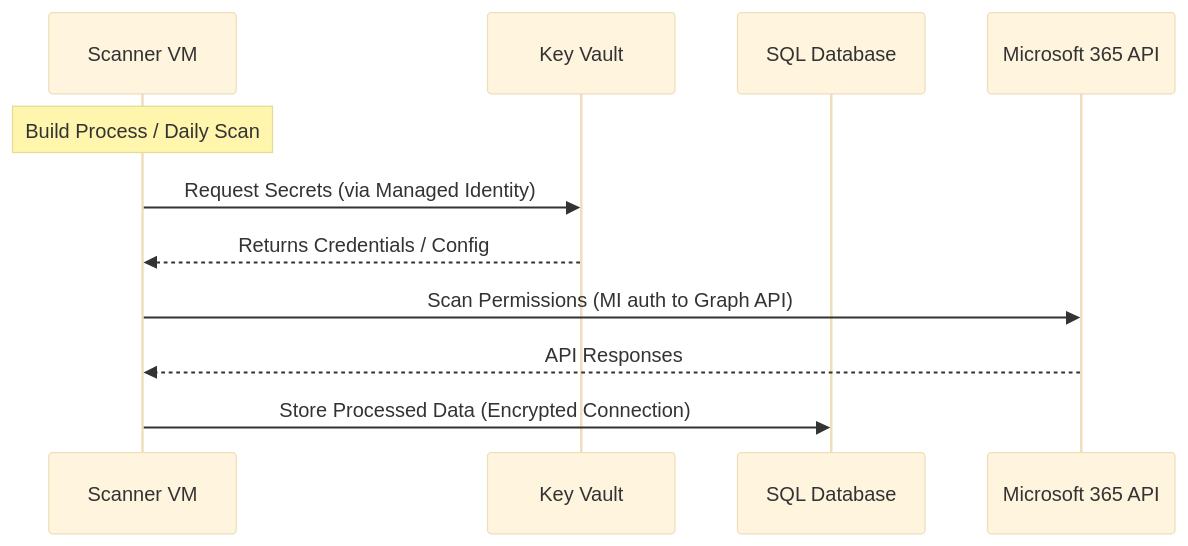
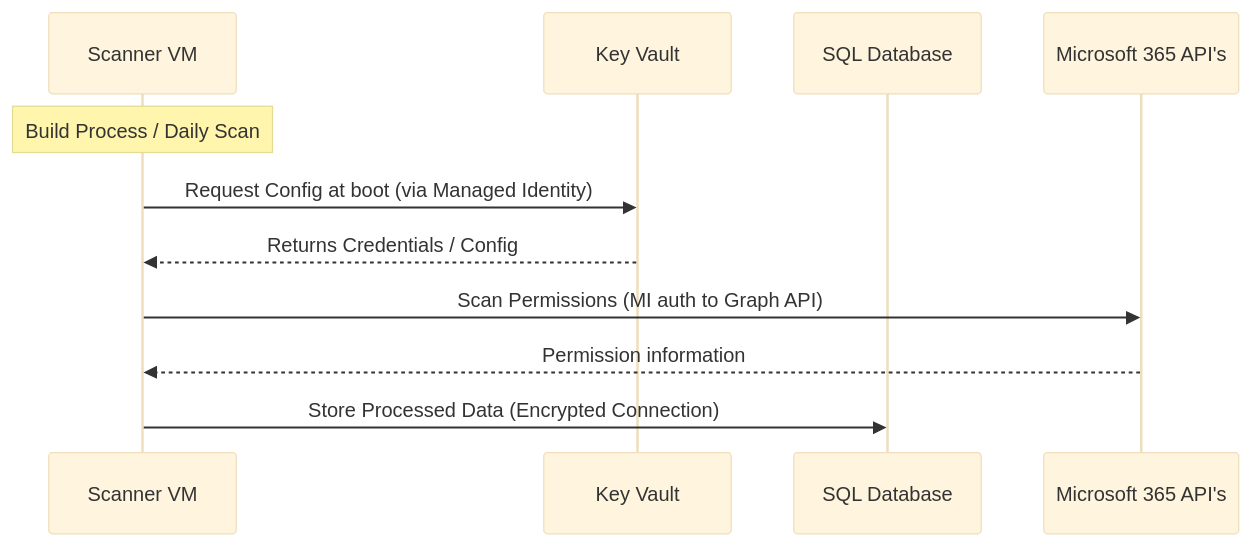
One commit to jflieben/assortedFunctionsV2 changed the third of 3 diagrams in M365PermissionsCloud/ARCHITECTURE.md. Above: the diagram before and after it, drawn with Mermaid (base theme). The commit also changed other lines of this file, not shown here.

````diff
--- a/M365PermissionsCloud/ARCHITECTURE.md
+++ b/M365PermissionsCloud/ARCHITECTURE.md
@@ -125,16 +133,16 @@
 ``` mermaid
 sequenceDiagram
     participant VM as Scanner VM
     participant KV as Key Vault
     participant SQL as SQL Database
-    participant M365 as Microsoft 365 API
+    participant M365 as Microsoft 365 API's
 
     Note over VM: Build Process / Daily Scan
-    VM->>KV: Request Secrets (via Managed Identity)
+    VM->>KV: Request Config at boot (via Managed Identity)
     KV-->>VM: Returns Credentials / Config
     
     VM->>M365: Scan Permissions (MI auth to Graph API)
-    M365-->>VM: API Responses
+    M365-->>VM: Permission information
     
     VM->>SQL: Store Processed Data (Encrypted Connection)
 ```
````
